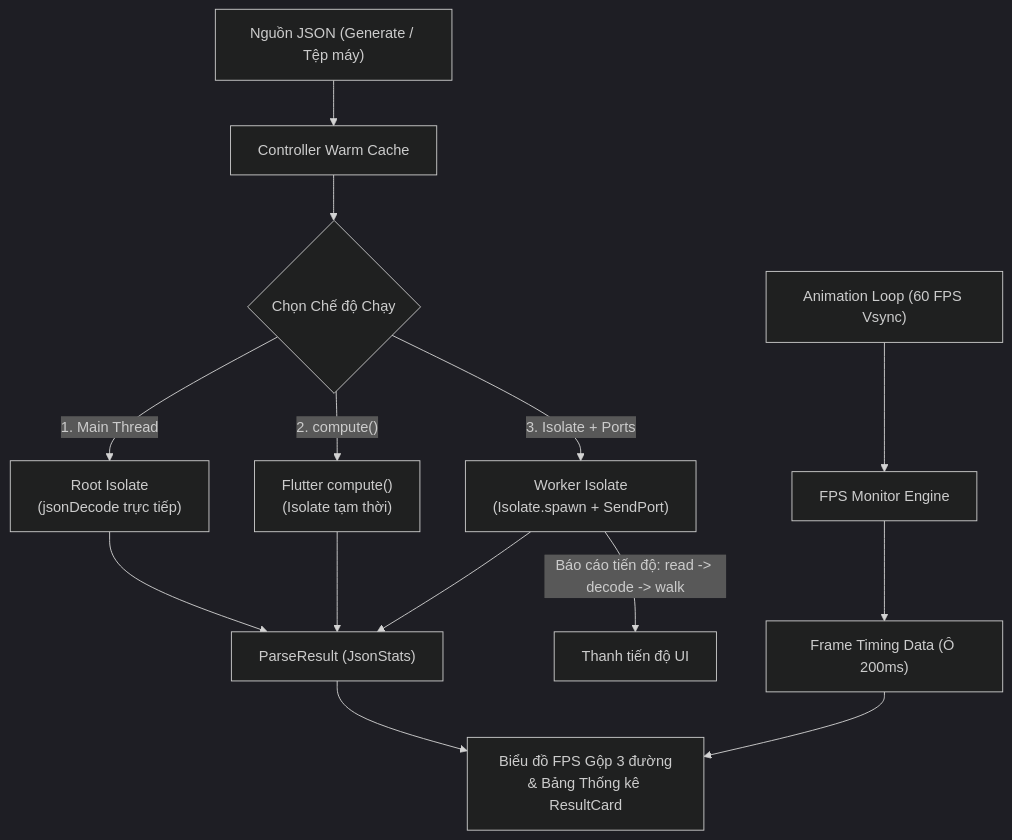
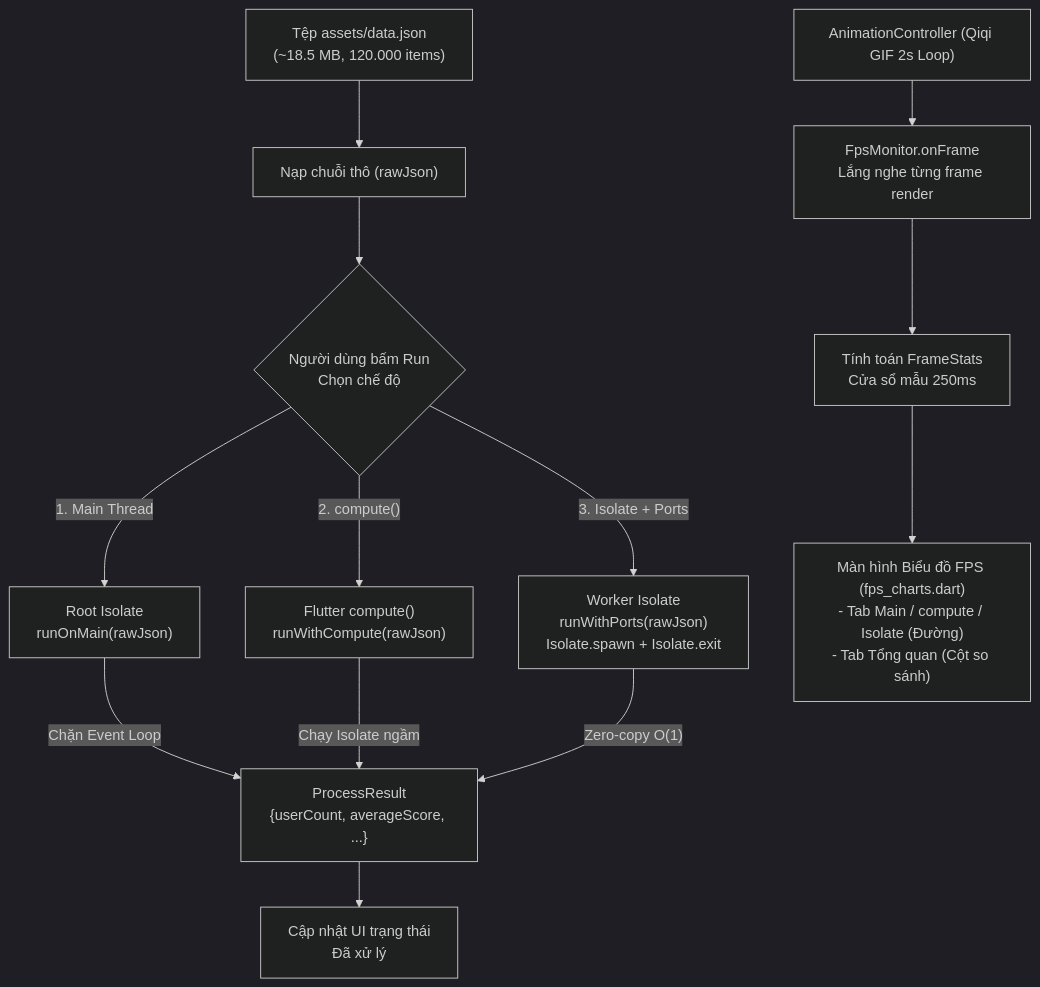
One commit to Duy-OC/fps_isolate changed the diagram in docs/architecture.md. Above: the diagram before and after it, drawn with Mermaid (dark theme). The commit also changed other lines of this file and 7 other files, not shown here.

Commit message:
refactor(docs, monitor): align README and docs strictly with app implementation, update fps recovery logic

````diff
--- a/docs/architecture.md
+++ b/docs/architecture.md
@@ -11,20 +11,19 @@
 ```mermaid
 flowchart TD
-    A["Nguồn JSON (Generate / Tệp máy)"] --> B["Controller Warm Cache"]
-    B --> C{"Chọn Chế độ Chạy"}
+    A["Tệp assets/data.json\n(~18.5 MB, 120.000 items)"] --> B["Nạp chuỗi thô (rawJson)"]
+    B --> C{"Người dùng bấm Run\nChọn chế độ"}
     
-    C -->|"1. Main Thread"| D["Root Isolate\n(jsonDecode trực tiếp)"]
-    C -->|"2. compute()"| E["Flutter compute()\n(Isolate tạm thời)"]
-    C -->|"3. Isolate + Ports"| F["Worker Isolate\n(Isolate.spawn + SendPort)"]
+    C -->|"1. Main Thread"| D["Root Isolate\nrunOnMain(rawJson)"]
+    C -->|"2. compute()"| E["Flutter compute()\nrunWithCompute(rawJson)"]
+    C -->|"3. Isolate + Ports"| F["Worker Isolate\nrunWithPorts(rawJson)\nIsolate.spawn + Isolate.exit"]
     
-    D --> G["ParseResult (JsonStats)"]
-    E --> G
-    F -->|"Báo cáo tiến độ: read -> decode -> walk"| H["Thanh tiến độ UI"]
-    F --> G
+    D -->|"Chặn Event Loop"| G["ProcessResult\n{userCount, averageScore, ...}"]
+    E -->|"Chạy Isolate ngầm"| G
+    F -->|"Zero-copy O(1)"| G
     
-    I["Animation Loop (60 FPS Vsync)"] --> J["FPS Monitor Engine"]
-    J --> K["Frame Timing Data (Ô 200ms)"]
+    H["AnimationController (Qiqi GIF 2s Loop)"] --> I["FpsMonitor.onFrame\nLắng nghe từng frame render"]
+    I --> J["Tính toán FrameStats\nCửa sổ mẫu 250ms"]
     
-    G --> L["Biểu đồ FPS Gộp 3 đường\n& Bảng Thống kê ResultCard"]
-    K --> L
+    G --> K["Cập nhật UI trạng thái\nĐã xử lý"]
+    J --> L["Màn hình Biểu đồ FPS (fps_charts.dart)\n- Tab Main / compute / Isolate (Đường)\n- Tab Tổng quan (Cột so sánh)"]
 ```
````
